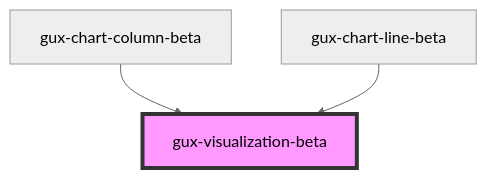
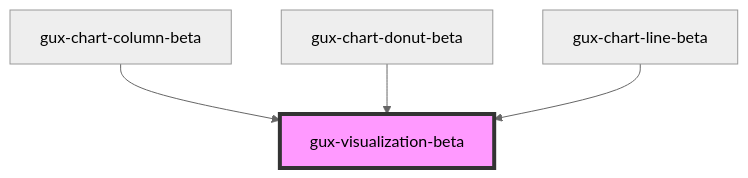
Before and after one commit to MyPureCloud/genesys-spark: the diagram in src/components/beta/gux-visualization/readme.md, drawn with Mermaid (neutral theme). The commit also changed other lines of this file and 7 other files, not shown here.

Commit message:
feat(gux-chart-donut): add donut and pie chart

````diff
--- a/src/components/beta/gux-visualization/readme.md
+++ b/src/components/beta/gux-visualization/readme.md
@@ -32,6 +33,7 @@
 ```mermaid
 graph TD;
   gux-chart-column-beta --> gux-visualization-beta
+  gux-chart-donut-beta --> gux-visualization-beta
   gux-chart-line-beta --> gux-visualization-beta
   style gux-visualization-beta fill:#f9f,stroke:#333,stroke-width:4px
 ```
````
